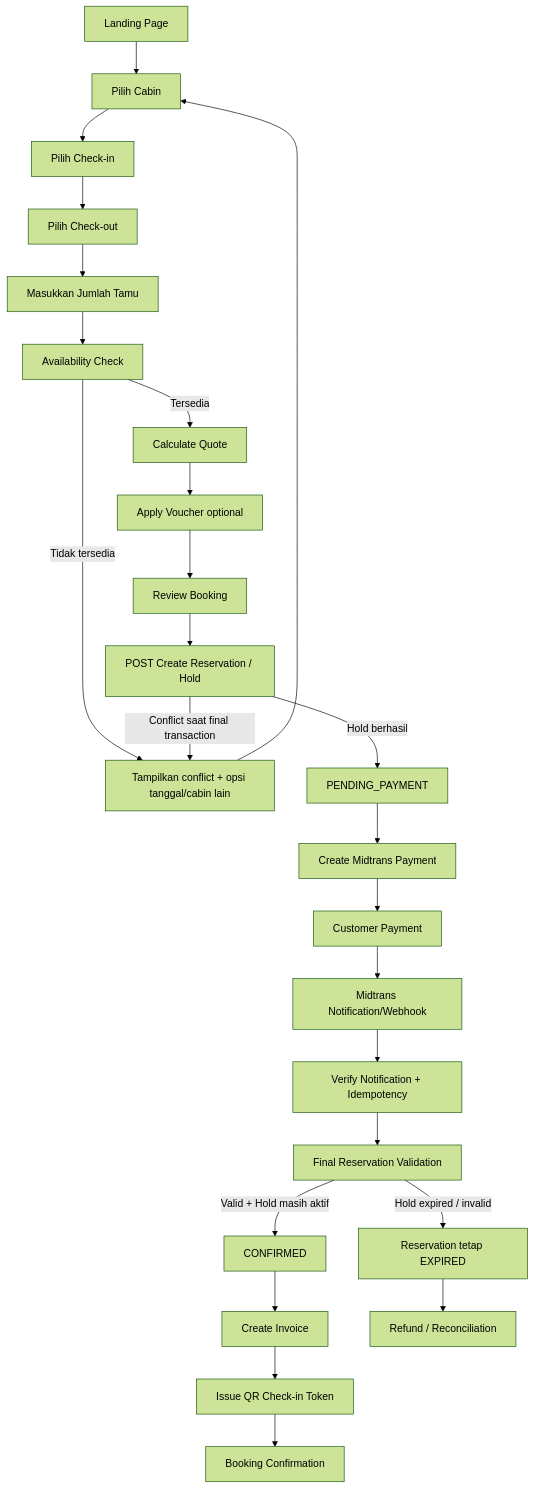
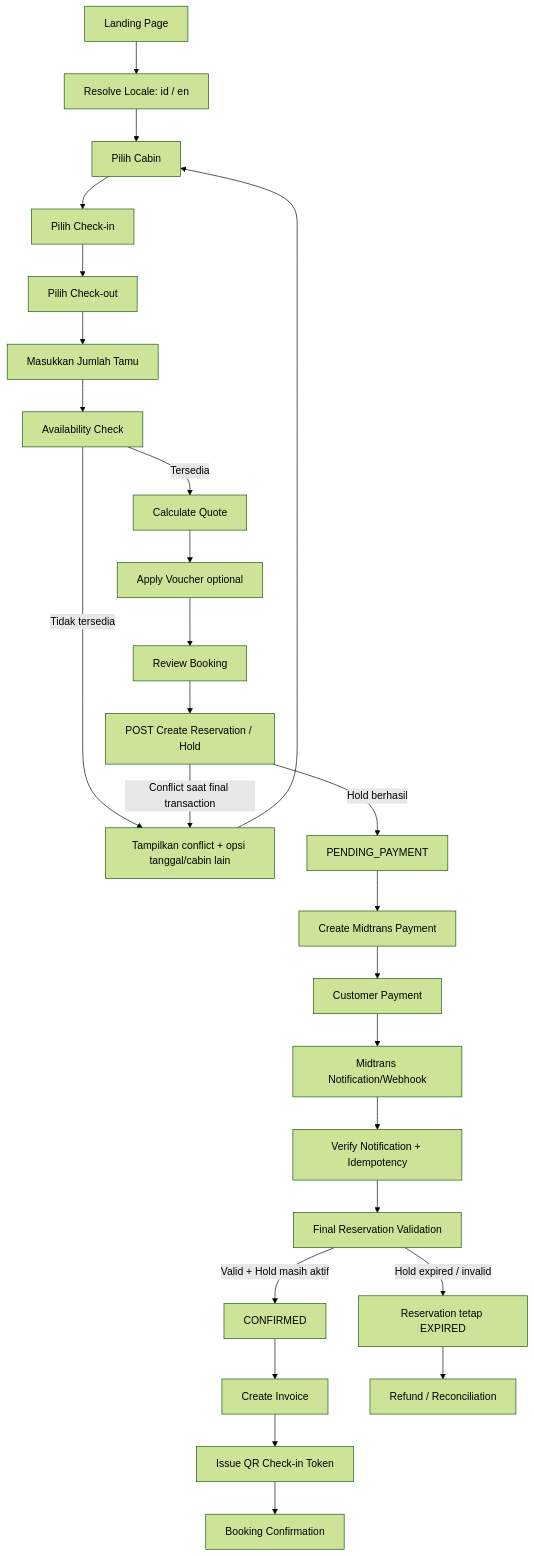
Before and after one commit to kevinnazarr/wiyasa-villa: the first of 17 diagrams in docs/FLOWCHART.md, drawn with Mermaid (forest theme). The commit also changed other lines of this file and 8 other files, not shown here.

````diff
--- a/docs/FLOWCHART.md
+++ b/docs/FLOWCHART.md
@@ -13,34 +13,35 @@
 ```mermaid
 flowchart TD
-    A[Landing Page] --> B[Pilih Cabin]
+    A[Landing Page] --> A1[Resolve Locale: id / en]
+    A1 --> B[Pilih Cabin]
     B --> C[Pilih Check-in]
     C --> D[Pilih Check-out]
     D --> E[Masukkan Jumlah Tamu]
     E --> F[Availability Check]
 
     F -->|Tidak tersedia| G[Tampilkan conflict + opsi tanggal/cabin lain]
     G --> B
 
     F -->|Tersedia| H[Calculate Quote]
     H --> I[Apply Voucher optional]
     I --> J[Review Booking]
     J --> K[POST Create Reservation / Hold]
 
     K -->|Conflict saat final transaction| G
     K -->|Hold berhasil| L[PENDING_PAYMENT]
 
     L --> M[Create Midtrans Payment]
     M --> N[Customer Payment]
     N --> O[Midtrans Notification/Webhook]
     O --> P[Verify Notification + Idempotency]
     P --> Q[Final Reservation Validation]
 
     Q -->|Valid + Hold masih aktif| R[CONFIRMED]
     Q -->|Hold expired / invalid| S[Reservation tetap EXPIRED]
 
     R --> T[Create Invoice]
     T --> U[Issue QR Check-in Token]
     U --> V[Booking Confirmation]
 
     S --> W[Refund / Reconciliation]
 ```
````
